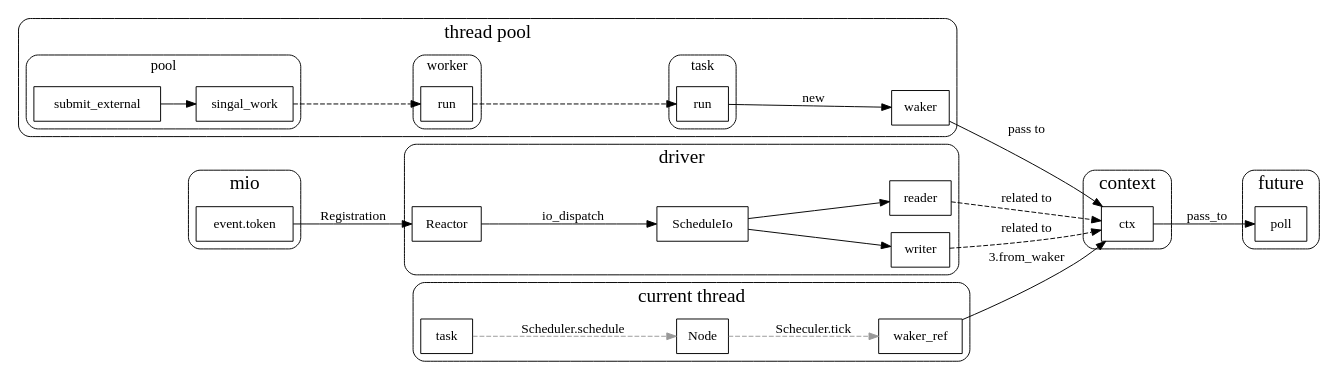
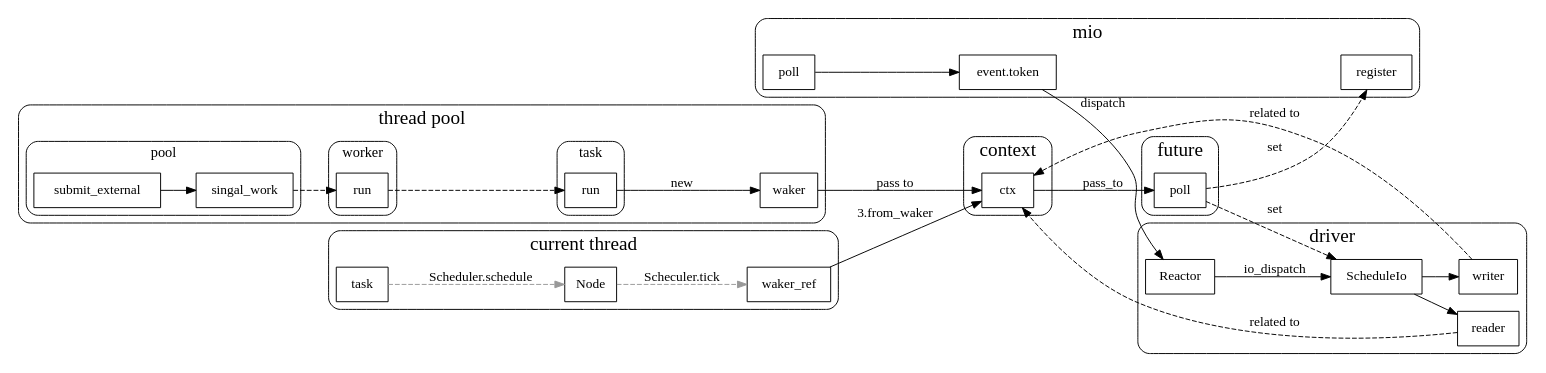
Before and after one commit to xieyu/blog: the diagram in src/tokio/task-token-event.dot, drawn with Graphviz. The commit also changed 4 other files, not shown here.

```diff
--- a/src/tokio/task-token-event.dot
+++ b/src/tokio/task-token-event.dot
@@ -1,63 +1,69 @@
 //
 // task-token-event.dot
 //
 // Created on 28-09-2019 by xieyu
 //
 digraph task_token_event {
   rankdir=LR
+  newrank=true
   node[shape=box];
   subgraph cluster_current_thread{
     graph[label="current thread";fontsize=20;style=rounded]
     _Node[label="Node"]
     task -> _Node[label="Scheduler.schedule";style=dashed;color=gray60;labelfontcolor=gray60];
     _Node -> waker_ref[label="Scheculer.tick";style=dashed;color=gray60];
   }
 
   subgraph cluster_thread_pool{
     graph[label="thread pool";fontsize=20;style=rounded]
 
     subgraph cluster_pool{
       graph[label="pool";fontsize=15;]
       submit_external -> singal_work
     }
     subgraph cluster_worker {
       graph[label="worker";fontsize=15;]
       worker_run[label=run];
     }
 
     subgraph cluster_task{
       graph[label="task";fontsize=15;]
       task_run[label=run];
     }
     singal_work -> worker_run -> task_run[style=dashed];
     task_run -> waker[label="new"]
   }
 
   subgraph cluster_context {
     graph[label="context";fontsize=20;style=rounded]
     ctx;
   }
 
   subgraph cluster_future {
     graph[label="future";fontsize=20;style=rounded]
     task_poll[label="poll"]
   }
 
   subgraph cluster_driver {
     graph[label="driver";fontsize=20;style=rounded]
     Reactor -> ScheduleIo[label="io_dispatch"];
     ScheduleIo -> {reader, writer};
   }
 
   subgraph cluster_mio {
     graph[label="mio";fontsize=20;style=rounded]
     event_token[label="event.token"]
+    mio_poll[label="poll"]
+    mio_poll -> event_token;
+    mio_register[label="register"];
   }
 
-  event_token ->Reactor[label="Registration"];
+  event_token ->Reactor[label="dispatch"];
+  task_poll -> ScheduleIo[label="set";style=dashed];
+  task_poll -> mio_register[label="set";style=dashed];
 
   {reader, writer} -> ctx[label="related to"; style=dashed;];
   waker_ref -> ctx [label="3.from_waker"];
   waker -> ctx[label="pass to"];
   ctx -> task_poll [label="pass_to"];
 }
```
